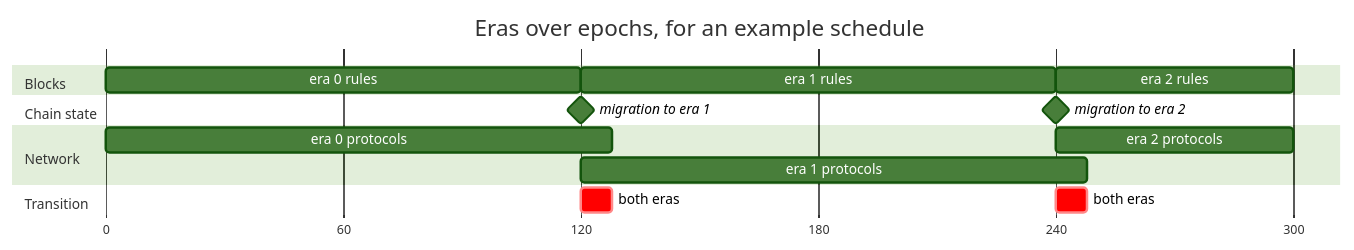
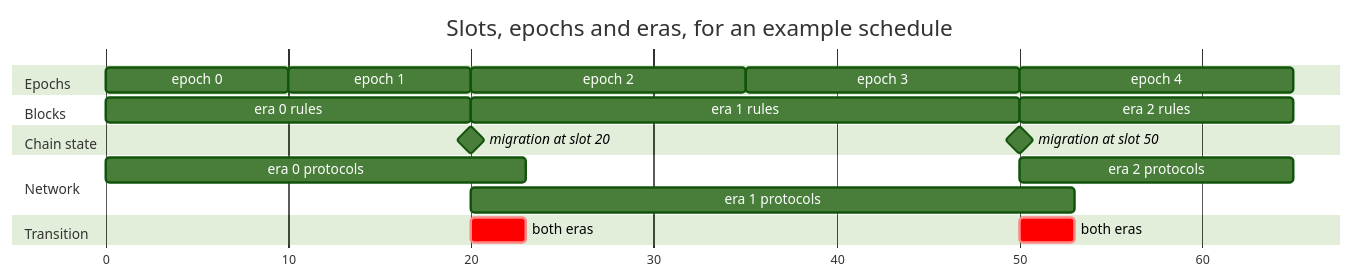
One commit to logos-co/logos-lips changed the first of 4 diagrams in docs/blockchain/raw/bedrock-eras.md. Above: the diagram before and after it, drawn with Mermaid (forest theme). The commit also changed other lines of this file, not shown here.

Commit message:
docs(blockchain): put the era timeline on a slot axis with an epoch lane

````diff
--- a/docs/blockchain/raw/bedrock-eras.md
+++ b/docs/blockchain/raw/bedrock-eras.md
@@ -36,25 +36,31 @@
 ```mermaid
 ---
 displayMode: compact
 ---
 gantt
-    title Eras over epochs, for an example schedule
+    title Slots, epochs and eras, for an example schedule
     dateFormat X
     axisFormat %s
-    tickInterval 1minute
+    tickInterval 10second
     todayMarker off
+    section Epochs
+        epoch 0 : p0, 0, 10s
+        epoch 1 : p1, after p0, 10s
+        epoch 2 : p2, after p1, 15s
+        epoch 3 : p3, after p2, 15s
+        epoch 4 : p4, after p3, 15s
     section Blocks
-        era 0 rules : r0, 0, 120s
-        era 1 rules : r1, after r0, 120s
-        era 2 rules : r2, after r1, 60s
+        era 0 rules : r0, 0, 20s
+        era 1 rules : r1, after r0, 30s
+        era 2 rules : r2, after r1, 15s
     section Chain state
-        migration to era 1 : milestone, m1, after r0, 0s
-        migration to era 2 : milestone, m2, after r1, 0s
+        migration at slot 20 : milestone, m1, after r0, 0s
+        migration at slot 50 : milestone, m2, after r1, 0s
     section Network
-        era 0 protocols : n0, 0, 128s
-        era 1 protocols : n1, after r0, 128s
-        era 2 protocols : n2, after r1, 60s
+        era 0 protocols : n0, 0, 23s
+        era 1 protocols : n1, after r0, 33s
+        era 2 protocols : n2, after r1, 15s
     section Transition
-        both eras : crit, t1, after r0, 8s
-        both eras : crit, t2, after r1, 8s
+        both eras : crit, t1, after r0, 3s
+        both eras : crit, t2, after r1, 3s
 ```
````
